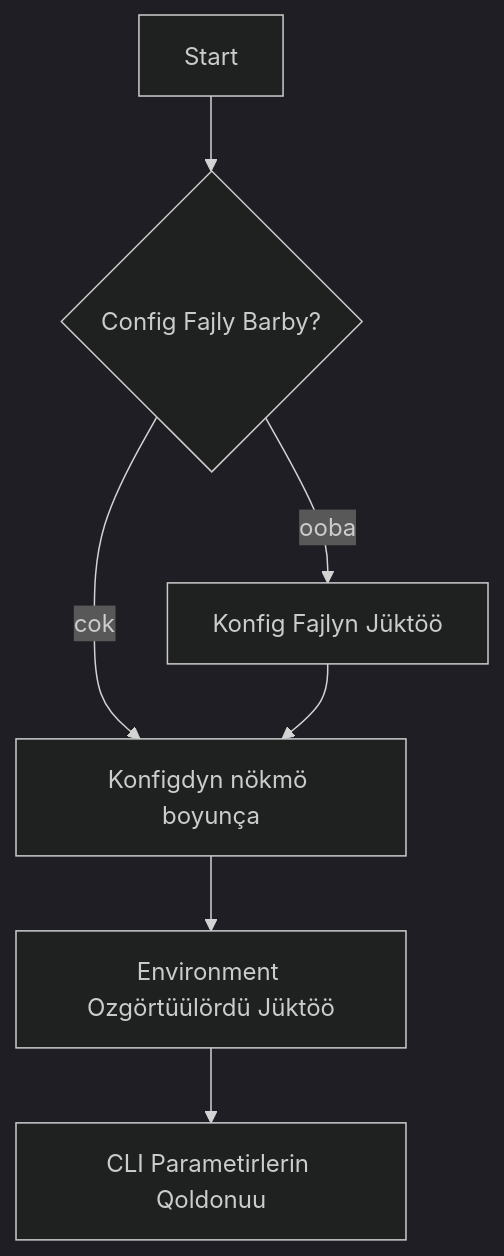
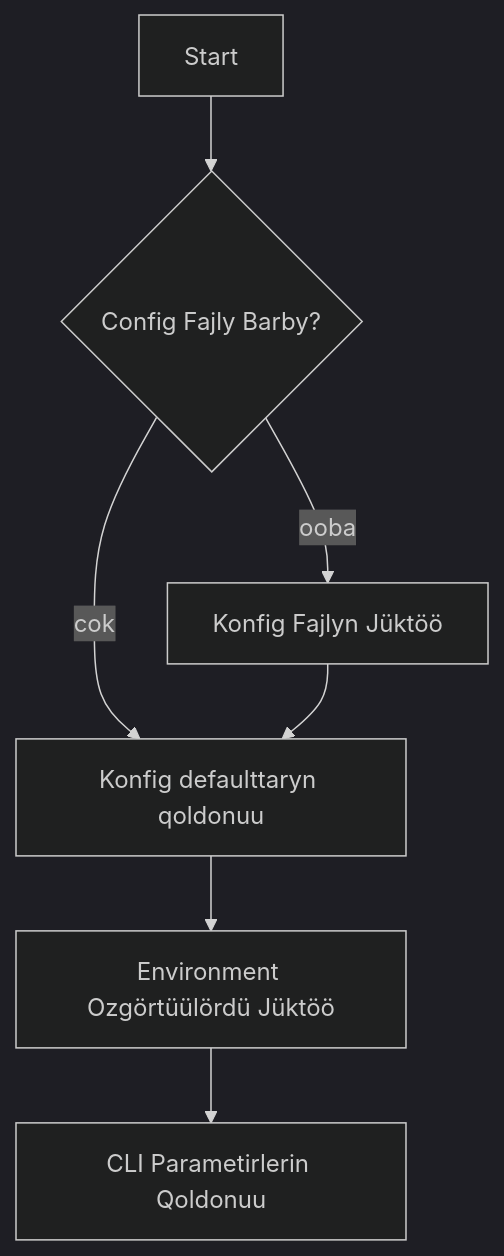
The first of 2 diagrams in docs/qy/developer-guide.md (sultaniman/kpow), drawn with Mermaid (dark theme) before and after one commit. The commit also changed other lines of this file and 1 other file, not shown here.

````diff
--- a/docs/qy/developer-guide.md
+++ b/docs/qy/developer-guide.md
@@ -34,9 +34,9 @@
 ```mermaid
 flowchart TD
     A[Start] --> B{Config Fajly Barby?}
     B -- ooba --> C[Konfig Fajlyn Jüktöö]
-    B -- cok --> D[Konfigdyn nökmö boyunça]
+    B -- cok --> D[Konfig defaulttaryn qoldonuu]
     C --> D
     D --> E[Environment Ozgörtüülördü Jüktöö]
     E --> F[CLI Parametirlerin Qoldonuu]
 ```
````
